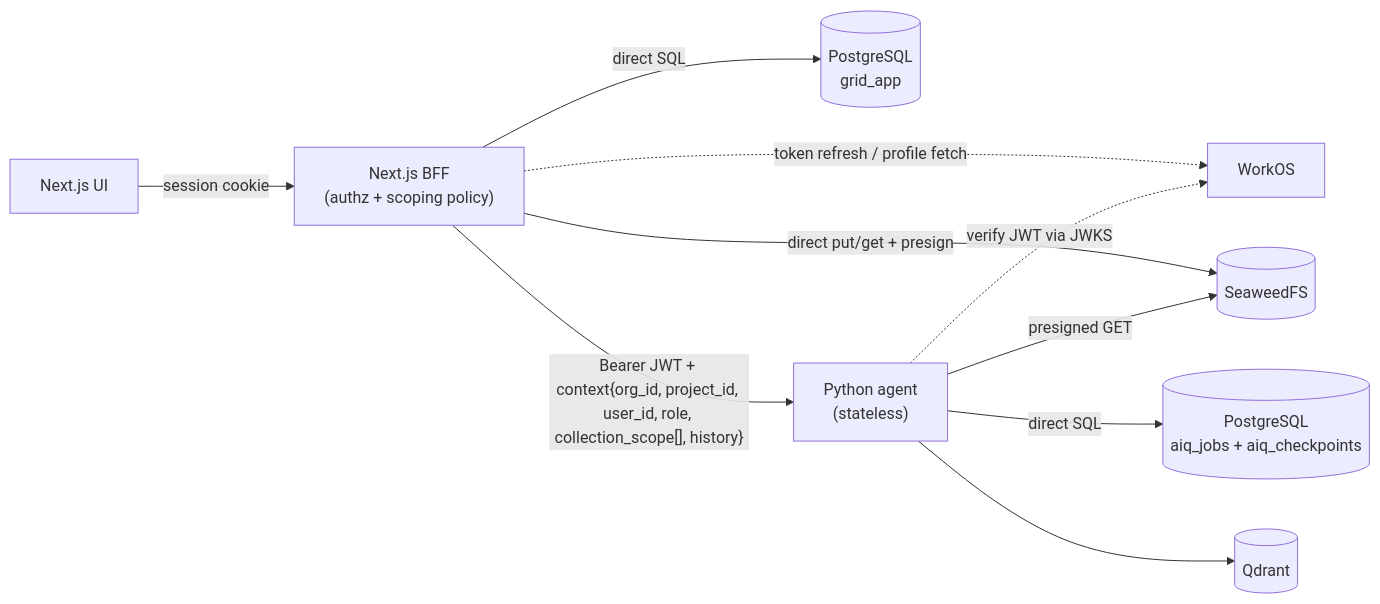
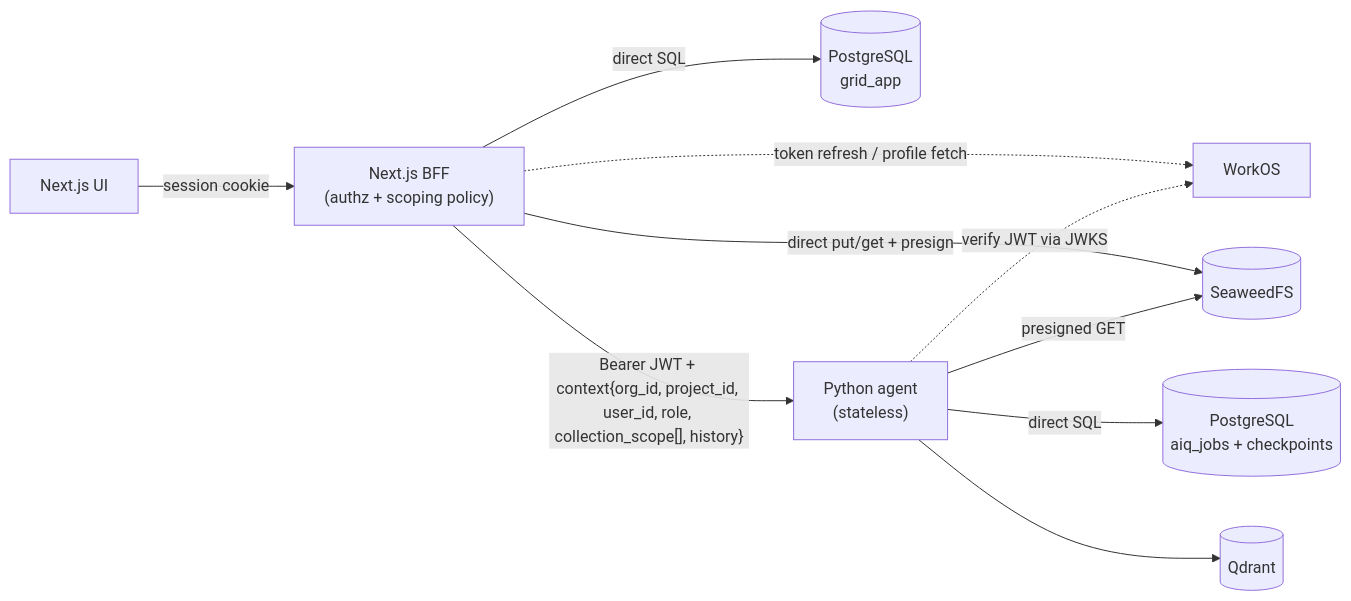
One commit to GRID-check/archos changed the second of 15 diagrams in docs/architecture/multitenancy-and-auth-spec.md. Above: the diagram before and after it, drawn with Mermaid. The commit also changed other lines of this file and 46 other files, not shown here.

````diff
--- a/docs/architecture/multitenancy-and-auth-spec.md
+++ b/docs/architecture/multitenancy-and-auth-spec.md
@@ -162,21 +162,21 @@
 ```mermaid
 flowchart LR
     UI["Next.js UI"]
     BFF["Next.js BFF<br/>(authz + scoping policy)"]
     PGApp[("PostgreSQL\ngrid_app")]
-    PGAgent[("PostgreSQL\naiq_jobs + aiq_checkpoints")]
+    PGAgent[("PostgreSQL\naiq_jobs + checkpoints")]
     Obj[("SeaweedFS")]
     Py["Python agent\n(stateless)"]
     Vec[("Qdrant")]
     WorkOS["WorkOS"]
 
     UI -->|session cookie| BFF
     BFF -. token refresh / profile fetch .-> WorkOS
     BFF -->|direct SQL| PGApp
     Py -->|direct SQL| PGAgent
     BFF -->|direct put/get + presign| Obj
     BFF -->|"Bearer JWT + context{org_id, project_id, user_id, role, collection_scope[], history}"| Py
     Py -. verify JWT via JWKS .-> WorkOS
     Py --> Vec
     Py -->|presigned GET| Obj
 ```
````
